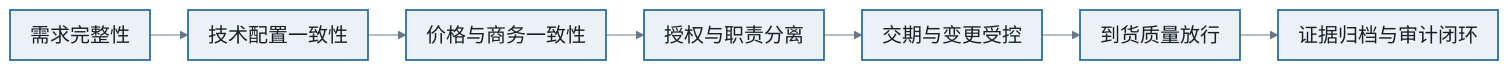
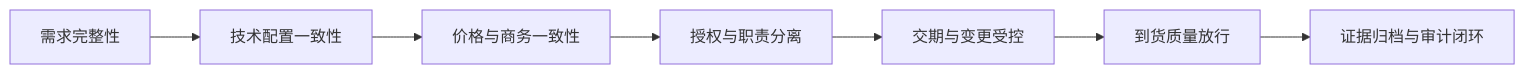
One commit to giengenbw/chassisprocess changed the second of 56 diagrams in README.md. Above: the diagram before and after it, drawn with Mermaid. The commit also changed other lines of this file, not shown here.

````diff
--- a/README.md
+++ b/README.md
@@ -51,6 +49,4 @@
 ```mermaid
-%%{init: {'theme':'base','flowchart':{'curve':'basis','nodeSpacing':24,'rankSpacing':38,'padding':10,'htmlLabels':true,'useMaxWidth':true},'themeVariables':{'fontFamily':'Microsoft YaHei, Noto Sans SC, Arial, sans-serif','fontSize':'20px','primaryColor':'#EAF2F8','primaryTextColor':'#17202A','primaryBorderColor':'#2E6E9E','lineColor':'#667788','edgeLabelBackground':'#FFFFFF'}}}%%
-flowchart LR
+graph LR
     A["需求完整性"] --> B["技术配置一致性"] --> C["价格与商务一致性"] --> D["授权与职责分离"] --> E["交期与变更受控"] --> F["到货质量放行"] --> G["证据归档与审计闭环"]
-    classDef default fill:#EAF2F8,stroke:#2E6E9E,stroke-width:1.8px,color:#17202A,font-size:20px;
 ```
````
